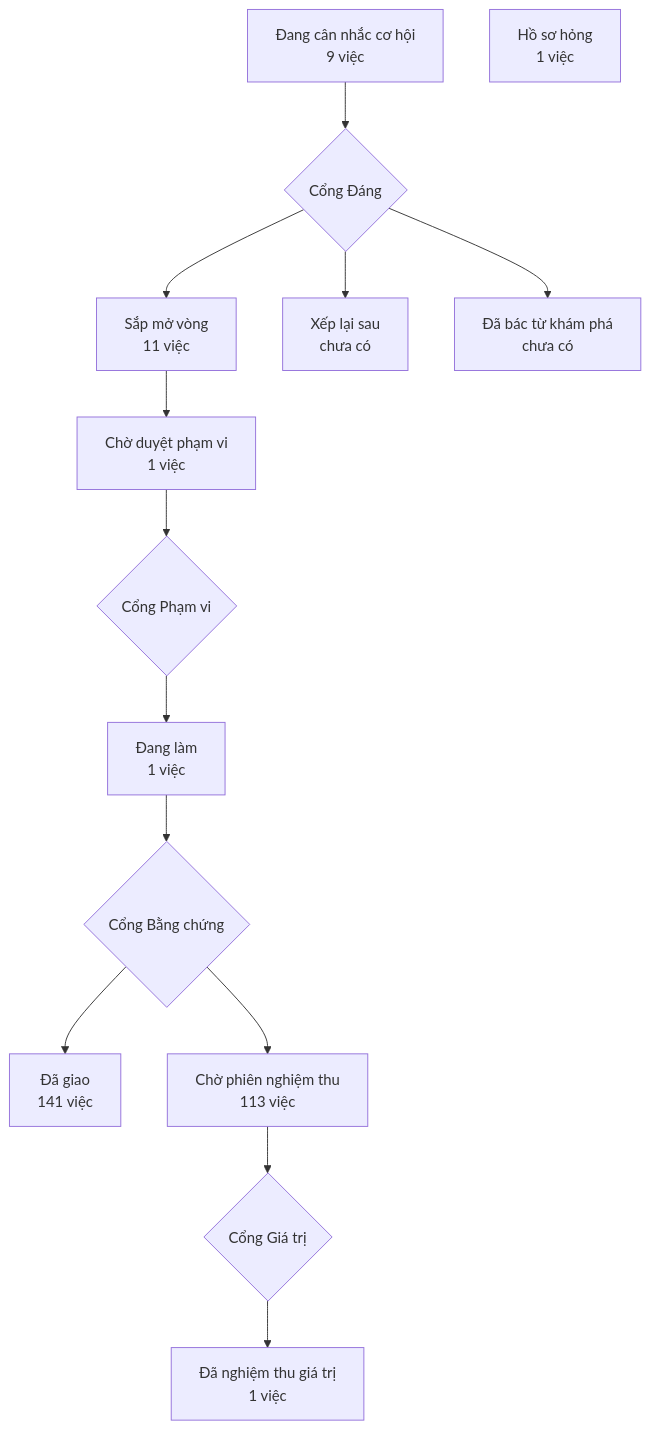
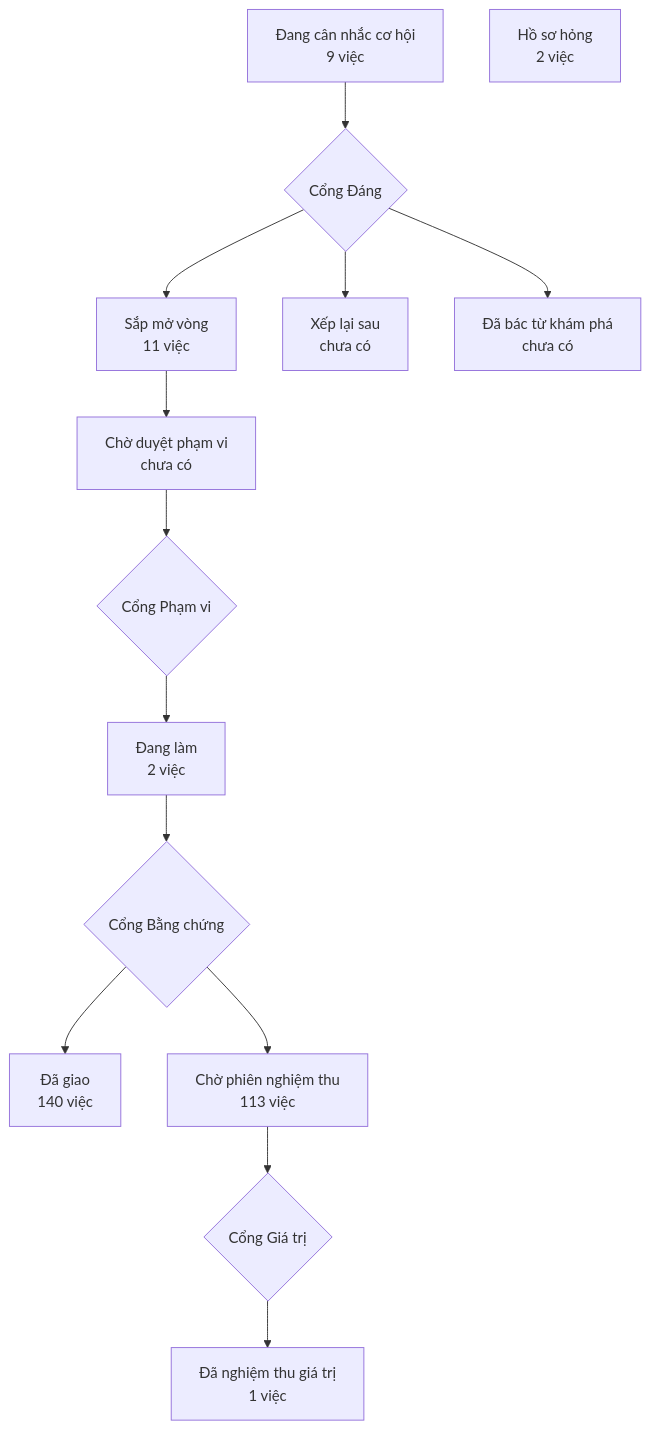
Before and after one commit to phanlemanh/crm-onehub: the diagram in PRODUCT-MAP.md, drawn with Mermaid. The commit also changed other lines of this file and 3 other files, not shown here.

````diff
--- a/PRODUCT-MAP.md
+++ b/PRODUCT-MAP.md
@@ -7,13 +7,13 @@
 ```mermaid
 flowchart TD
   A["Đang cân nhắc cơ hội<br/>9 việc"] --> GD{"Cổng Đáng"}
   GD --> B["Sắp mở vòng<br/>11 việc"]
   GD --> XL["Xếp lại sau<br/>chưa có"]
   GD --> DB["Đã bác từ khám phá<br/>chưa có"]
-  B --> CD["Chờ duyệt phạm vi<br/>1 việc"] --> GP{"Cổng Phạm vi"}
-  GP --> DL["Đang làm<br/>1 việc"] --> GB{"Cổng Bằng chứng"}
-  GB --> DG["Đã giao<br/>141 việc"]
+  B --> CD["Chờ duyệt phạm vi<br/>chưa có"] --> GP{"Cổng Phạm vi"}
+  GP --> DL["Đang làm<br/>2 việc"] --> GB{"Cổng Bằng chứng"}
+  GB --> DG["Đã giao<br/>140 việc"]
   GB --> CN["Chờ phiên nghiệm thu<br/>113 việc"] --> GG{"Cổng Giá trị"}
   GG --> NT["Đã nghiệm thu giá trị<br/>1 việc"]
-  HS["Hồ sơ hỏng<br/>1 việc"]
+  HS["Hồ sơ hỏng<br/>2 việc"]
 ```
````
